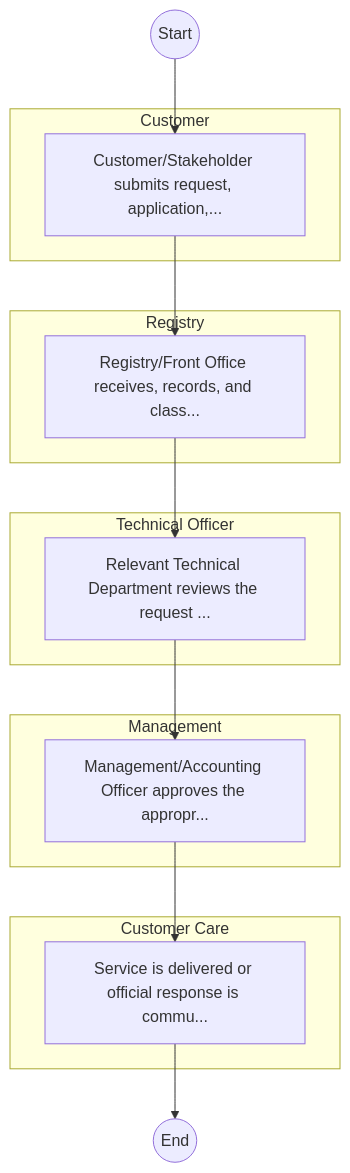
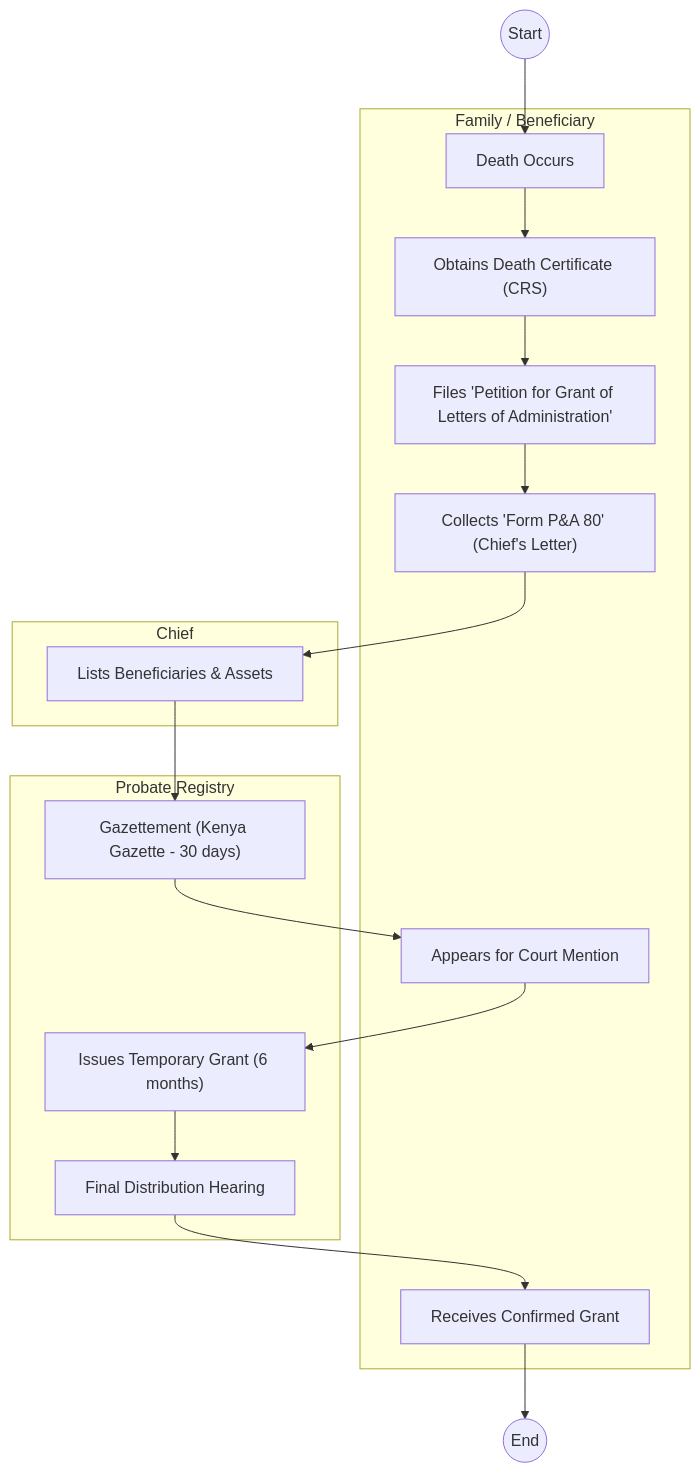
The first of 2 diagrams in mdas/docs_final/THE_JUDICIARY___Service_Delivery.md (BITZ-IT-Consulting-LTD/ictapoc), drawn with Mermaid before and after one commit. The commit also changed other lines of this file and 60 other files, not shown here.

````diff
--- a/mdas/docs_final/THE_JUDICIARY___Service_Delivery.md
+++ b/mdas/docs_final/THE_JUDICIARY___Service_Delivery.md
@@ -20,24 +20,31 @@
 ```mermaid
 graph TD
     Start((Start)) --> S1
-    subgraph Customer [Customer]
-        S1["Customer/Stakeholder submits request, application,..."]
+    subgraph Petitioner [Family / Beneficiary]
+        S1["Death Occurs"]
+        S2["Obtains Death Certificate (CRS)"]
+        S3["Files 'Petition for Grant of Letters of Administration'"]
+        S4["Collects 'Form P&A 80' (Chief's Letter)"]
+        S6["Appears for Court Mention"]
+        S9["Receives Confirmed Grant"]
     end
-    subgraph Registry [Registry]
-        S2["Registry/Front Office receives, records, and class..."]
+    subgraph HighCourt [Probate Registry]
+        S5["Gazettement (Kenya Gazette - 30 days)"]
+        S7["Issues Temporary Grant (6 months)"]
+        S8["Final Distribution Hearing"]
     end
-    subgraph TechnicalOfficer [Technical Officer]
-        S3["Relevant Technical Department reviews the request ..."]
+    subgraph Chief [Chief]
+        S4a["Lists Beneficiaries & Assets"]
     end
-    subgraph Management [Management]
-        S4["Management/Accounting Officer approves the appropr..."]
-    end
-    subgraph CustomerCare [Customer Care]
-        S5["Service is delivered or official response is commu..."]
-    end
+    
     S1 --> S2
     S2 --> S3
     S3 --> S4
-    S4 --> S5
-    S5 --> End((End))
+    S4 --> S4a
+    S4a --> S5
+    S5 --> S6
+    S6 --> S7
+    S7 --> S8
+    S8 --> S9
+    S9 --> End((End))
 ```
````
